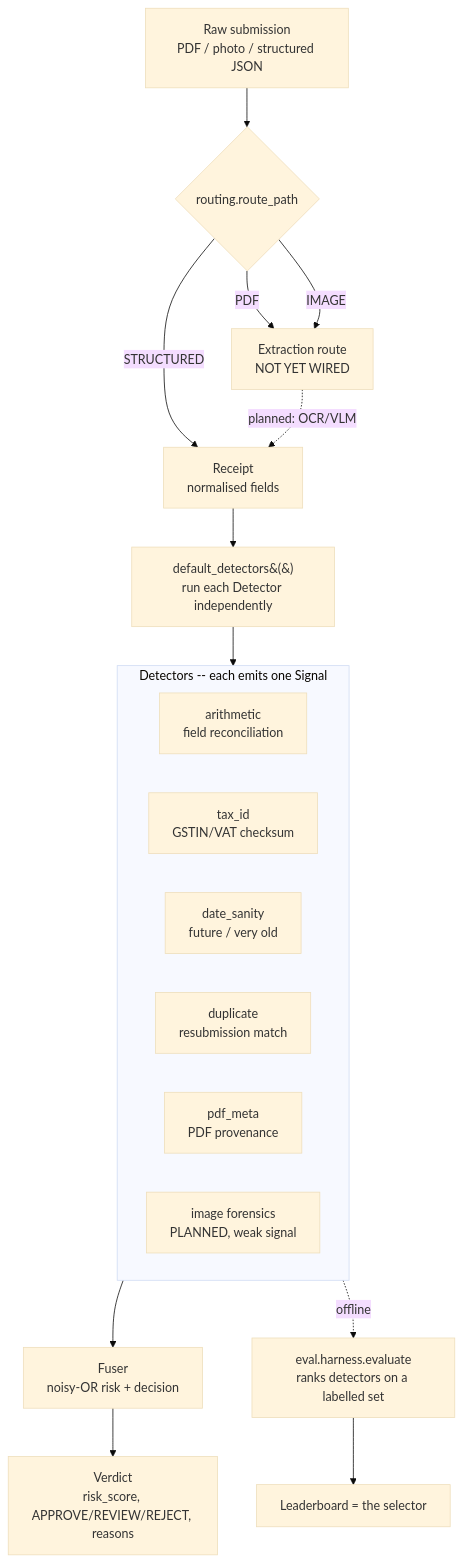
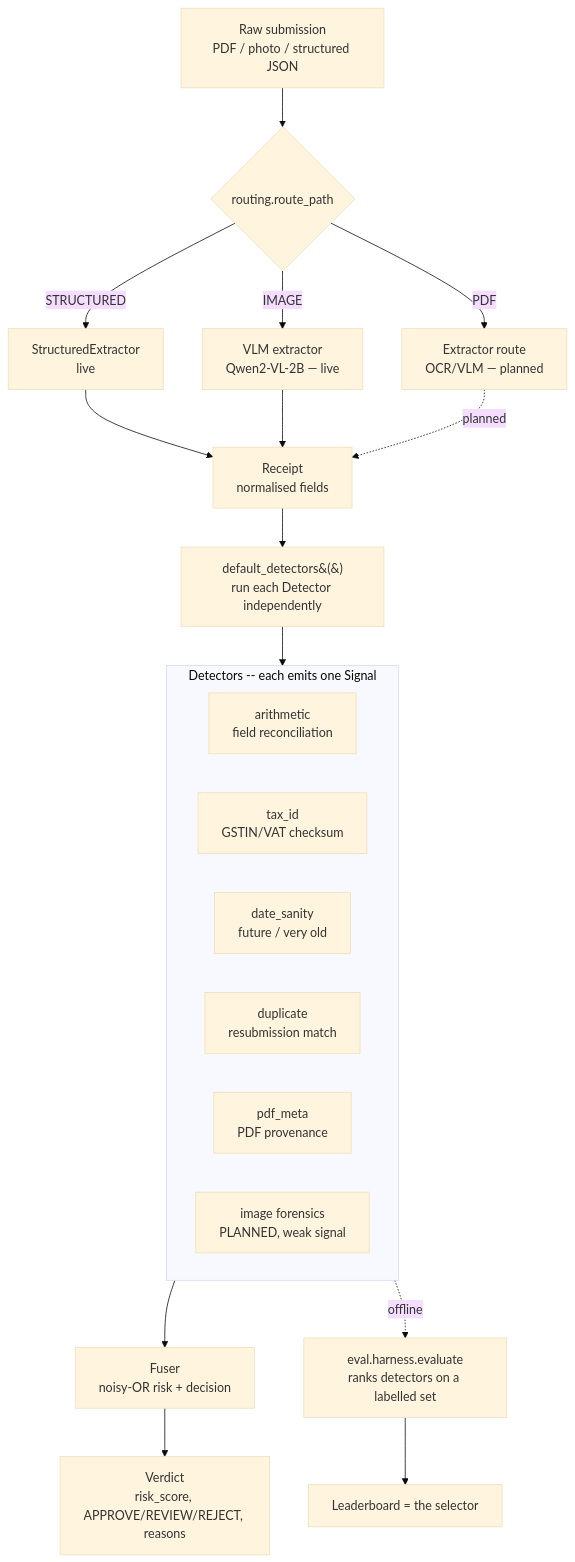
The diagram in ARCHITECTURE.md (Akshat-Dhiraaj/reimbursement), drawn with Mermaid (base theme) before and after one commit. The commit also changed other lines of this file and 24 other files, not shown here.

````diff
--- a/ARCHITECTURE.md
+++ b/ARCHITECTURE.md
@@ -12,26 +12,28 @@
 ```mermaid
 flowchart TD
     A[Raw submission<br/>PDF / photo / structured JSON] --> R{routing.route_path}
-    R -->|PDF| X[Extraction route<br/>NOT YET WIRED]
-    R -->|IMAGE| X
-    R -->|STRUCTURED| RC[Receipt<br/>normalised fields]
-    X -.planned: OCR/VLM.-> RC
+    R -->|PDF| XP[Extractor route<br/>OCR/VLM — planned]
+    R -->|IMAGE| XV[VLM extractor<br/>Qwen2-VL-2B — live]
+    R -->|STRUCTURED| SE[StructuredExtractor<br/>live]
+    SE --> RC[Receipt<br/>normalised fields]
+    XV --> RC
+    XP -.planned.-> RC
 
     RC --> D[default_detectors&#40;&#41;<br/>run each Detector independently]
 
     subgraph DET[Detectors -- each emits one Signal]
       D1[arithmetic<br/>field reconciliation]
       D2[tax_id<br/>GSTIN/VAT checksum]
       D3[date_sanity<br/>future / very old]
       D4[duplicate<br/>resubmission match]
       D5[pdf_meta<br/>PDF provenance]
       D6[image forensics<br/>PLANNED, weak signal]
     end
     D --> DET
 
     DET --> F[Fuser<br/>noisy-OR risk + decision]
     F --> V[Verdict<br/>risk_score, APPROVE/REVIEW/REJECT, reasons]
 
     DET -. offline .-> H[eval.harness.evaluate<br/>ranks detectors on a labelled set]
     H --> SEL[Leaderboard = the selector]
 ```
````
